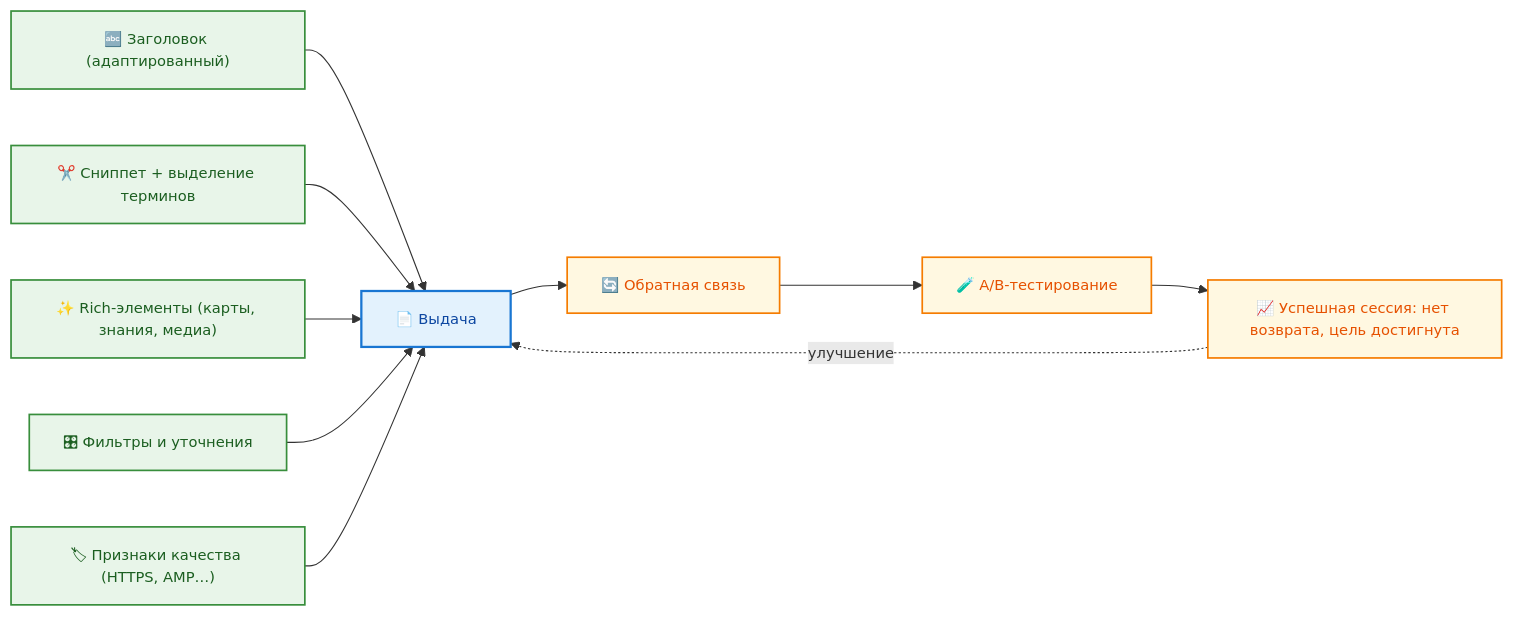
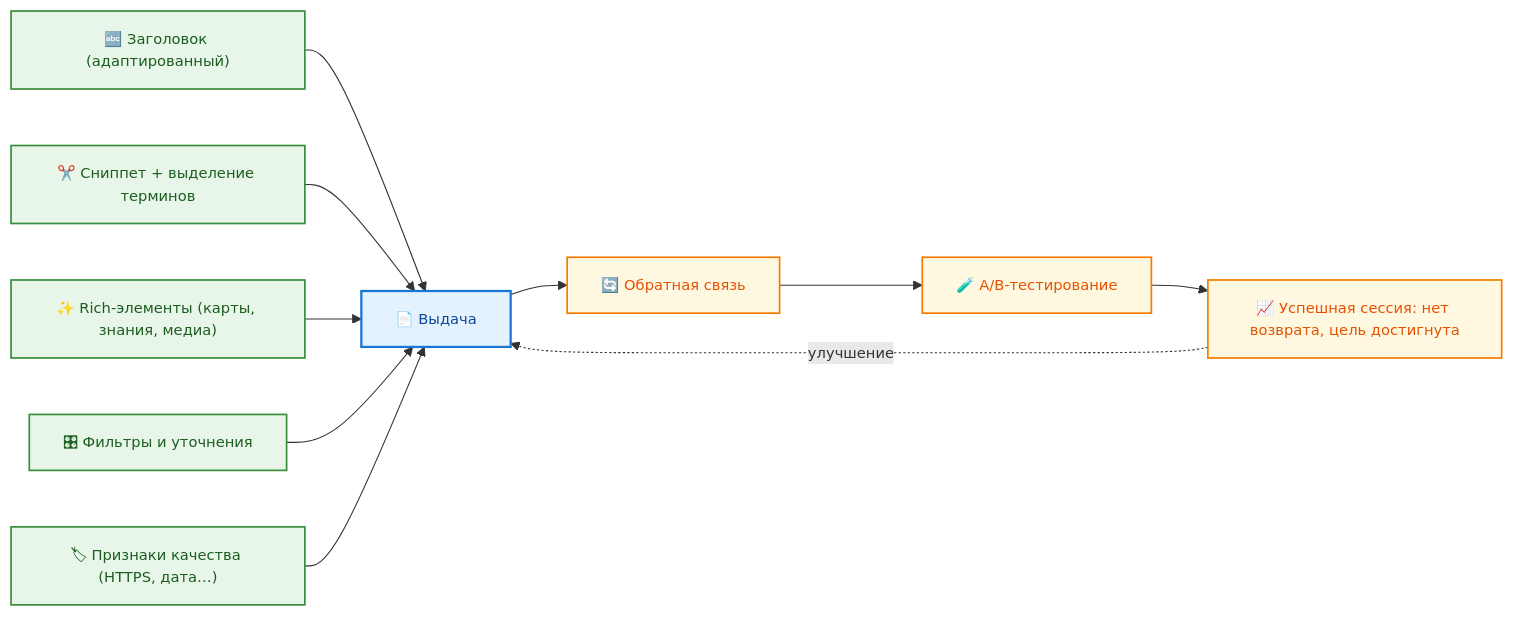
Before and after one commit to Spirzen/it-knowledge-base: the eighth of 12 diagrams in docs/encyclopedia/1-basics/1-21-poisk-informatsii/1.md, drawn with Mermaid. The commit also changed other lines of this file and 1180 other files, not shown here.

````diff
--- a/docs/encyclopedia/1-basics/1-21-poisk-informatsii/1.md
+++ b/docs/encyclopedia/1-basics/1-21-poisk-informatsii/1.md
@@ -429,40 +460,40 @@
 ```mermaid
 %%{init: {
   "theme": "default",
   "themeVariables": {
     "fontSize": "13px",
     "fontFamily": "Segoe UI, Tahoma, sans-serif"
   }
 }}%%
 
 flowchart LR
     classDef component fill:#e8f5e9,stroke:#388e3c,stroke-width:1.5px,color:#1b5e20;
     classDef feedback fill:#fff8e1,stroke:#f57c00,stroke-width:1.5px,color:#e65100;
     classDef outcome fill:#e3f2fd,stroke:#1976d2,stroke-width:2px,color:#0d47a1;
 
     RESULT["📄 Выдача"]:::outcome
     TITLE["🔤 Заголовок (адаптированный)"]:::component
     SNIPPET["✂️ Сниппет + выделение терминов"]:::component
     RICH["✨ Rich-элементы (карты, знания, медиа)"]:::component
     FILTERS["🎛 Фильтры и уточнения"]:::component
-    BADGES["🏷 Признаки качества (HTTPS, AMP…)"]:::component
+    BADGES["🏷 Признаки качества (HTTPS, дата…)"]:::component
 
     FEEDBACK["🔄 Обратная связь"]:::feedback
     ABTEST["🧪 A/B-тестирование"]:::feedback
     METRIC["📈 Успешная сессия: нет возврата, цель достигнута"]:::feedback
 
     TITLE --> RESULT
     SNIPPET --> RESULT
     RICH --> RESULT
     FILTERS --> RESULT
     BADGES --> RESULT
 
     RESULT --> FEEDBACK
     FEEDBACK --> ABTEST
     ABTEST --> METRIC
     METRIC -.->|улучшение| RESULT
 
     class RESULT outcome
     class TITLE,SNIPPET,RICH,FILTERS,BADGES component
     class FEEDBACK,ABTEST,METRIC feedback
 ```
````
